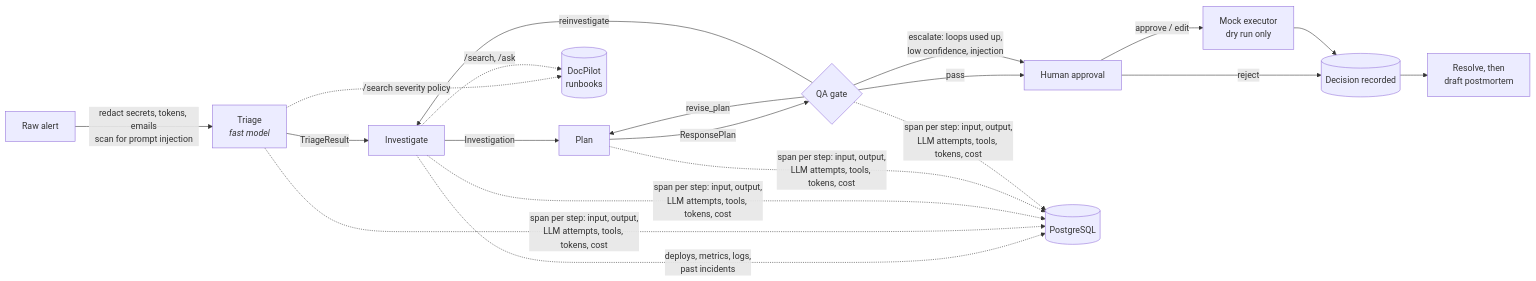
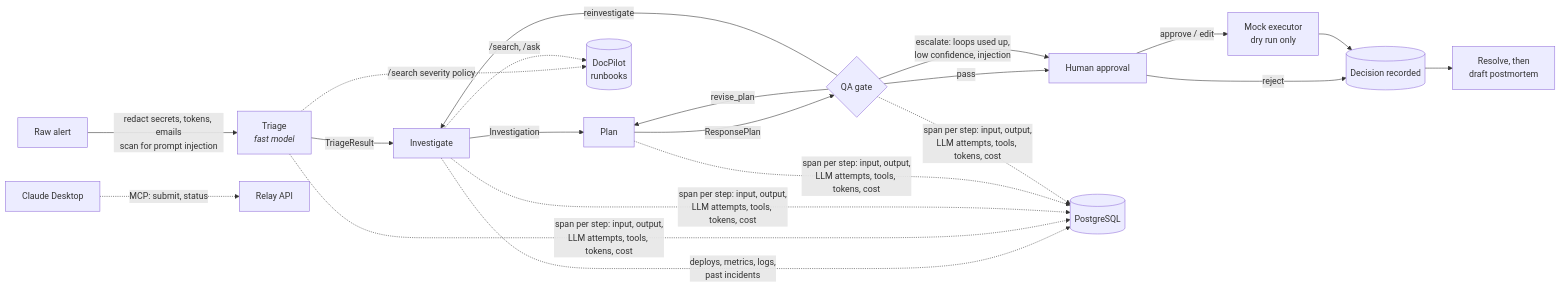
The diagram in README.md (Gayathri2708/relay-agents), drawn with Mermaid before and after one commit. The commit also changed other lines of this file and 1 other file, not shown here.

First line of the commit message:
README matches the code: auth and roles, pacing, MCP setup for Claude Desktop, eval method; roadmap

````diff
--- a/README.md
+++ b/README.md
@@ -15,20 +16,21 @@
 ```mermaid
 flowchart LR
     A[Raw alert] -->|redact secrets, tokens, emails<br/>scan for prompt injection| T[Triage<br/><i>fast model</i>]
     T -->|TriageResult| I[Investigate]
     I -->|Investigation| P[Plan]
     P -->|ResponsePlan| Q{QA gate}
     Q -->|revise_plan| P
     Q -->|reinvestigate| I
     Q -->|pass| H[Human approval]
     Q -->|escalate: loops used up,<br/>low confidence, injection| H
     H -->|approve / edit| X[Mock executor<br/>dry run only]
     H -->|reject| R[(Decision recorded)]
     X --> R
     R --> PM[Resolve, then<br/>draft postmortem]
 
     T -. "/search severity policy" .-> D[(DocPilot<br/>runbooks)]
     I -. "/search, /ask" .-> D
     I -. deploys, metrics, logs,<br/>past incidents .-> PG[(PostgreSQL)]
     T & I & P & Q -. span per step: input, output,<br/>LLM attempts, tools, tokens, cost .-> PG
+    C[Claude Desktop] -. MCP: submit, status .-> API[Relay API]
 ```
````
